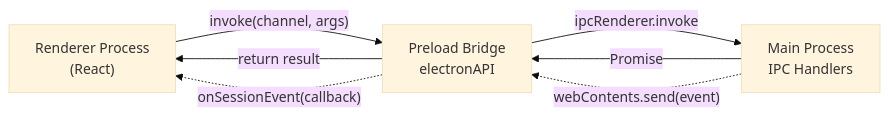
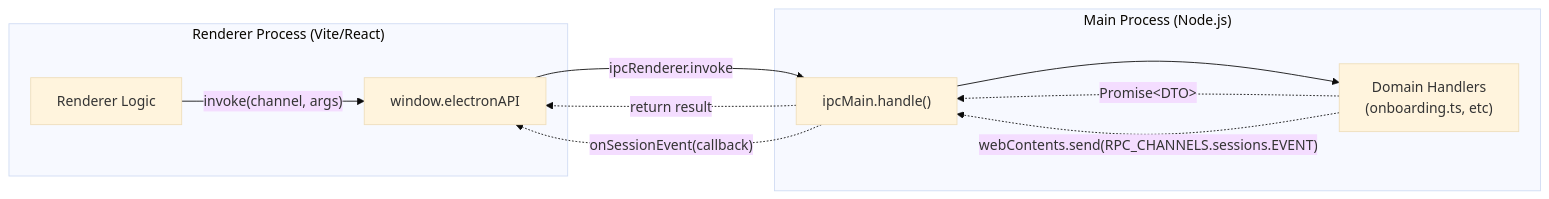
One commit to blackcater/zentree changed the first of 2 diagrams in docs/lukilabs_craft-agents-oss/api-reference/index.md. Above: the diagram before and after it, drawn with Mermaid (base theme). The commit also changed other lines of this file and 232 other files, not shown here.

````diff
--- a/docs/lukilabs_craft-agents-oss/api-reference/index.md
+++ b/docs/lukilabs_craft-agents-oss/api-reference/index.md
@@ -25,14 +27,21 @@
 ```mermaid
 graph LR
-    Renderer["Renderer Process<br/>(React)"]
-    Preload["Preload Bridge<br/>electronAPI"]
-    Main["Main Process<br/>IPC Handlers"]
+    subgraph "Renderer Process (Vite/React)"
+        Renderer["Renderer Logic"]
+        API["window.electronAPI"]
+    end
 
-    Renderer -->|"invoke(channel, args)"| Preload
-    Preload -->|"ipcRenderer.invoke"| Main
-    Main -->|"Promise<Result>"| Preload
-    Preload -->|"return result"| Renderer
-
-    Main -.->|"webContents.send(event)"| Preload
-    Preload -.->|"onSessionEvent(callback)"| Renderer
+    subgraph "Main Process (Node.js)"
+        IpcMain["ipcMain.handle()"]
+        Handlers["Domain Handlers<br/>(onboarding.ts, etc)"]
+    end
+    
+    Renderer -->|"invoke(channel, args)"| API
+    API -->|"ipcRenderer.invoke"| IpcMain
+    IpcMain --> Handlers
+    Handlers -.->|"Promise&lt;DTO&gt;"| IpcMain
+    IpcMain -.->|"return result"| API
+    
+    Handlers -.->|"webContents.send(RPC_CHANNELS.sessions.EVENT)"| IpcMain
+    IpcMain -.->|"onSessionEvent(callback)"| API
 ```
````
